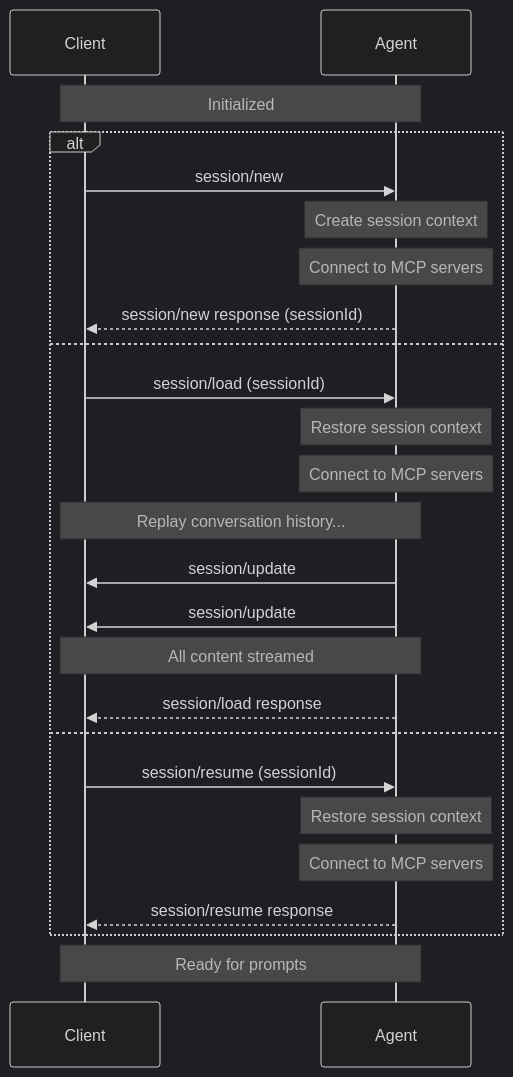
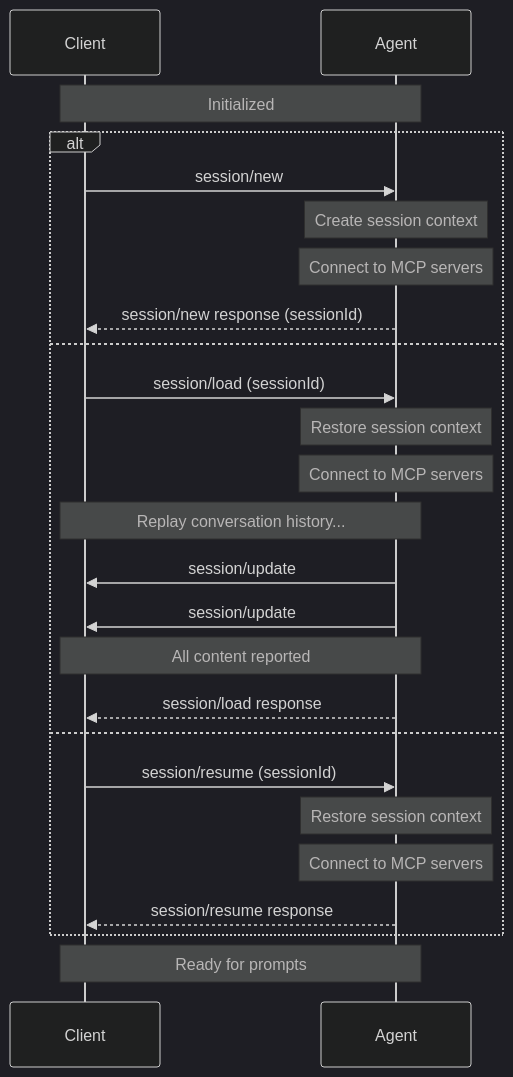
The diagram in docs/protocol/v2/draft/session-setup.mdx (dayanruben/agent-client-protocol), drawn with Mermaid (dark theme) before and after one commit. The commit also changed other lines of this file and 18 other files, not shown here.

````diff
--- a/docs/protocol/v2/draft/session-setup.mdx
+++ b/docs/protocol/v2/draft/session-setup.mdx
@@ -14,30 +14,30 @@
 ```mermaid
 sequenceDiagram
     participant Client
     participant Agent
 
     Note over Agent,Client: Initialized
 
     alt
         Client->>Agent: session/new
         Note over Agent: Create session context
         Note over Agent: Connect to MCP servers
         Agent-->>Client: session/new response (sessionId)
     else
         Client->>Agent: session/load (sessionId)
         Note over Agent: Restore session context
         Note over Agent: Connect to MCP servers
         Note over Agent,Client: Replay conversation history...
         Agent->>Client: session/update
         Agent->>Client: session/update
-        Note over Agent,Client: All content streamed
+        Note over Agent,Client: All content reported
         Agent-->>Client: session/load response
     else
         Client->>Agent: session/resume (sessionId)
         Note over Agent: Restore session context
         Note over Agent: Connect to MCP servers
         Agent-->>Client: session/resume response
     end
 
     Note over Client,Agent: Ready for prompts
 ```
````
